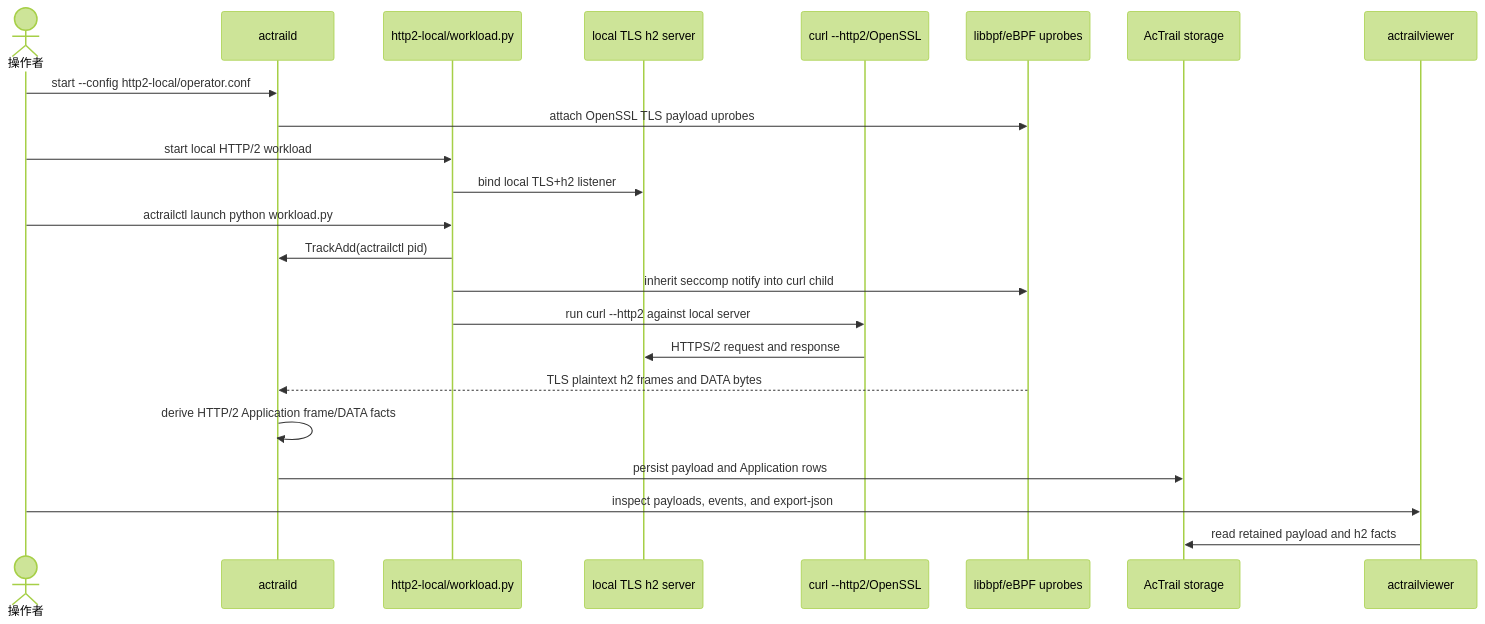
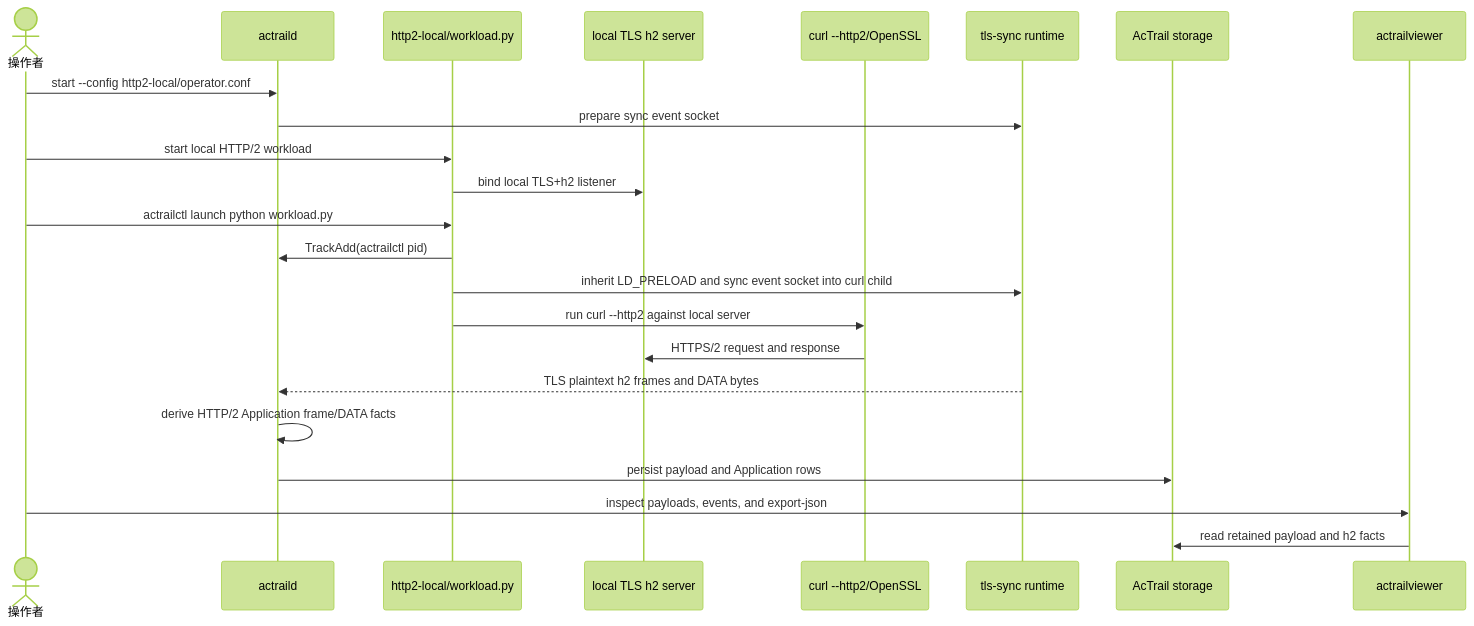
The third of 3 diagrams in docs/examples/02.llm-http-payload-capture/README.md (openeuler-mirror/AcTrail), drawn with Mermaid (forest theme) before and after one commit. The commit also changed other lines of this file and 50 other files, not shown here.

````diff
--- a/docs/examples/02.llm-http-payload-capture/README.md
+++ b/docs/examples/02.llm-http-payload-capture/README.md
@@ -442,26 +443,26 @@
 ```mermaid
 sequenceDiagram
     actor User as 操作者
     participant Daemon as actraild
     participant Workload as http2-local/workload.py
     participant Server as local TLS h2 server
     participant Curl as curl --http2/OpenSSL
-    participant Kernel as libbpf/eBPF uprobes
+    participant Runtime as tls-sync runtime
     participant Store as AcTrail storage
     participant Viewer as actrailviewer
 
     User->>Daemon: start --config http2-local/operator.conf
-    Daemon->>Kernel: attach OpenSSL TLS payload uprobes
+    Daemon->>Runtime: prepare sync event socket
     User->>Workload: start local HTTP/2 workload
     Workload->>Server: bind local TLS+h2 listener
     User->>Workload: actrailctl launch python workload.py
     Workload->>Daemon: TrackAdd(actrailctl pid)
-    Workload->>Kernel: inherit seccomp notify into curl child
+    Workload->>Runtime: inherit LD_PRELOAD and sync event socket into curl child
     Workload->>Curl: run curl --http2 against local server
     Curl->>Server: HTTPS/2 request and response
-    Kernel-->>Daemon: TLS plaintext h2 frames and DATA bytes
+    Runtime-->>Daemon: TLS plaintext h2 frames and DATA bytes
     Daemon->>Daemon: derive HTTP/2 Application frame/DATA facts
     Daemon->>Store: persist payload and Application rows
     User->>Viewer: inspect payloads, events, and export-json
     Viewer->>Store: read retained payload and h2 facts
 ```
````
